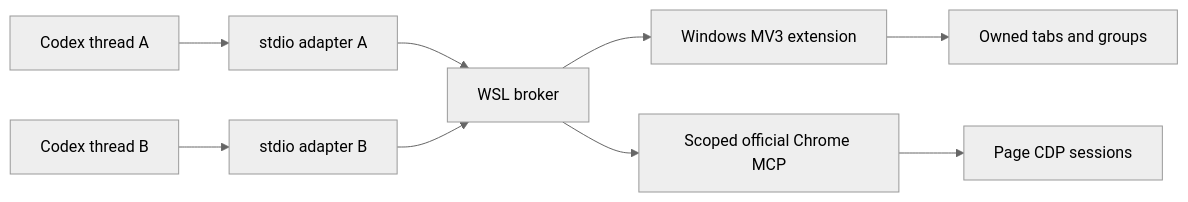
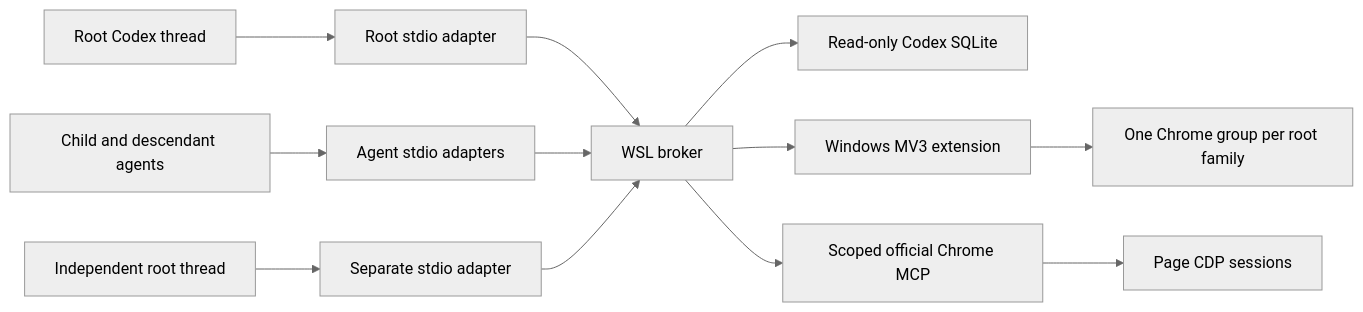
Before and after one commit to Mingll22/codex-browser-workspaces: the diagram in docs/ARCHITECTURE.md, drawn with Mermaid (neutral theme). The commit also changed other lines of this file and 74 other files, not shown here.

Commit message:
feat: group root families with caller page leases and a status popup

````diff
--- a/docs/ARCHITECTURE.md
+++ b/docs/ARCHITECTURE.md
@@ -5,11 +9,14 @@
 ```mermaid
 flowchart LR
-  A[Codex thread A] --> SA[stdio adapter A]
-  B[Codex thread B] --> SB[stdio adapter B]
-  SA --> H[WSL broker]
+  R[Root Codex thread] --> SR[Root stdio adapter]
+  C[Child and descendant agents] --> SC[Agent stdio adapters]
+  B[Independent root thread] --> SB[Separate stdio adapter]
+  SR --> H[WSL broker]
+  SC --> H
   SB --> H
+  H --> D[Read-only Codex SQLite]
   H --> E[Windows MV3 extension]
   H --> M[Scoped official Chrome MCP]
-  E --> G[Owned tabs and groups]
+  E --> G[One Chrome group per root family]
   M --> P[Page CDP sessions]
 ```
````
